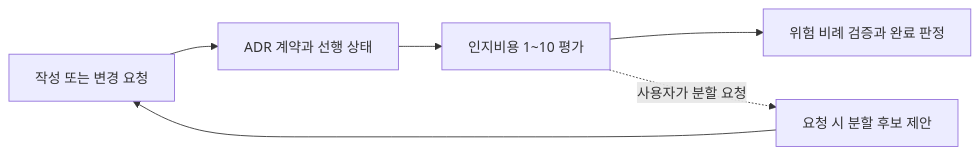
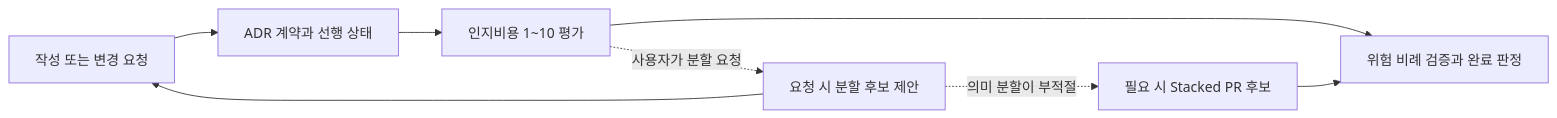
One commit to haandol/alps-writer-mcp changed the diagram in docs/adr/delivery/development-flow/0001-safe-proportional-development-gates.md. Above: the diagram before and after it, drawn with Mermaid. The commit also changed other lines of this file and 11 other files, not shown here.

````diff
--- a/docs/adr/delivery/development-flow/0001-safe-proportional-development-gates.md
+++ b/docs/adr/delivery/development-flow/0001-safe-proportional-development-gates.md
@@ -31,12 +33,15 @@
 ```mermaid
 flowchart LR
     Input[작성 또는 변경 요청]
     Safety[ADR 계약과 선행 상태]
     Assess[인지비용 1~10 평가]
     Suggest[요청 시 분할 후보 제안]
+    Stack[필요 시 Stacked PR 후보]
     Verify[위험 비례 검증과 완료 판정]
 
     Input --> Safety --> Assess --> Verify
     Assess -. 사용자가 분할 요청 .-> Suggest
+    Suggest -. 의미 분할이 부적절 .-> Stack
     Suggest --> Input
+    Stack --> Verify
 ```
````
